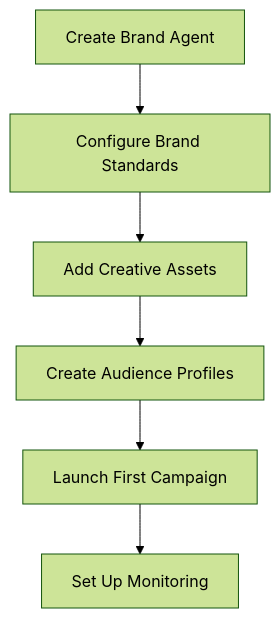
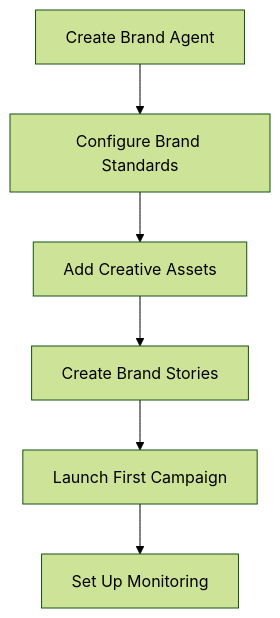
One commit to scope3data/activation-api changed the second of 4 diagrams in mintlify/concepts.mdx. Above: the diagram before and after it, drawn with Mermaid (forest theme). The commit also changed other lines of this file, not shown here.

First line of the commit message:
docs: Update Key Concepts page to reflect current architecture

````diff
--- a/mintlify/concepts.mdx
+++ b/mintlify/concepts.mdx
@@ -328,8 +324,8 @@
 ```mermaid
 graph TD
     A[Create Brand Agent] --> B[Configure Brand Standards]
     B --> C[Add Creative Assets]
-    C --> D[Create Audience Profiles]
+    C --> D[Create Brand Stories]
     D --> E[Launch First Campaign]
     E --> F[Set Up Monitoring]
 ```
````
